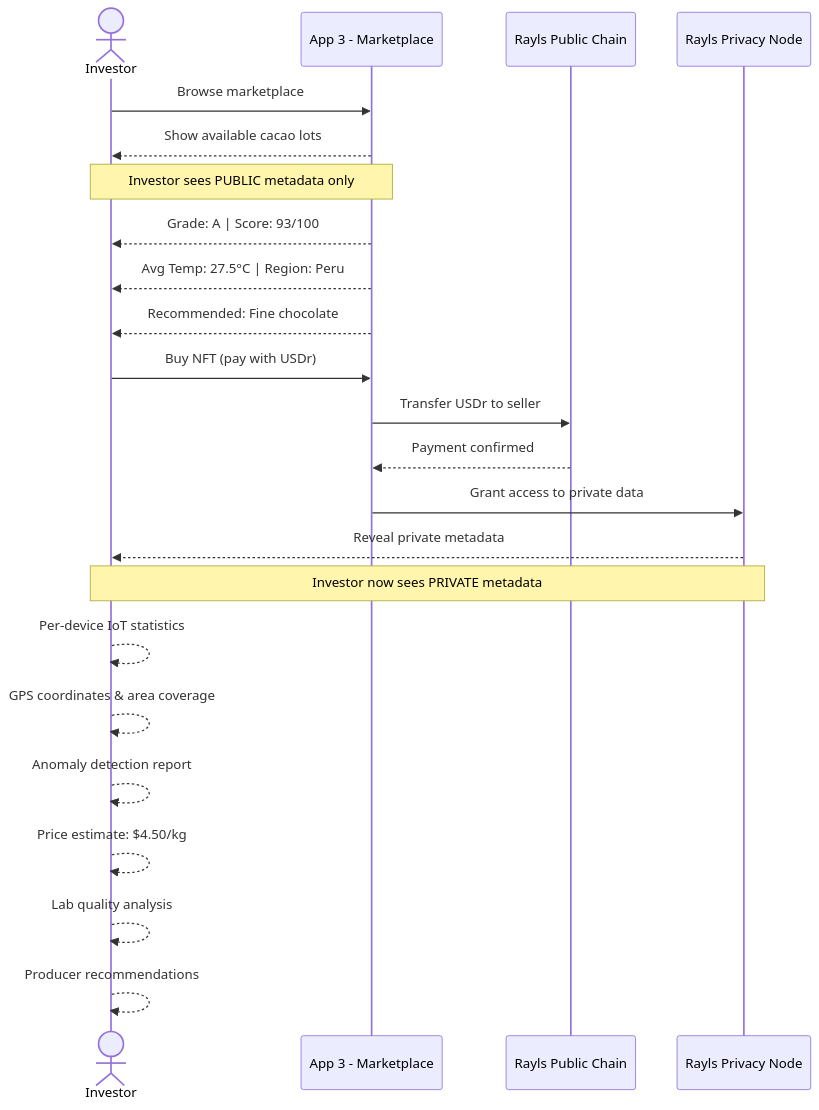
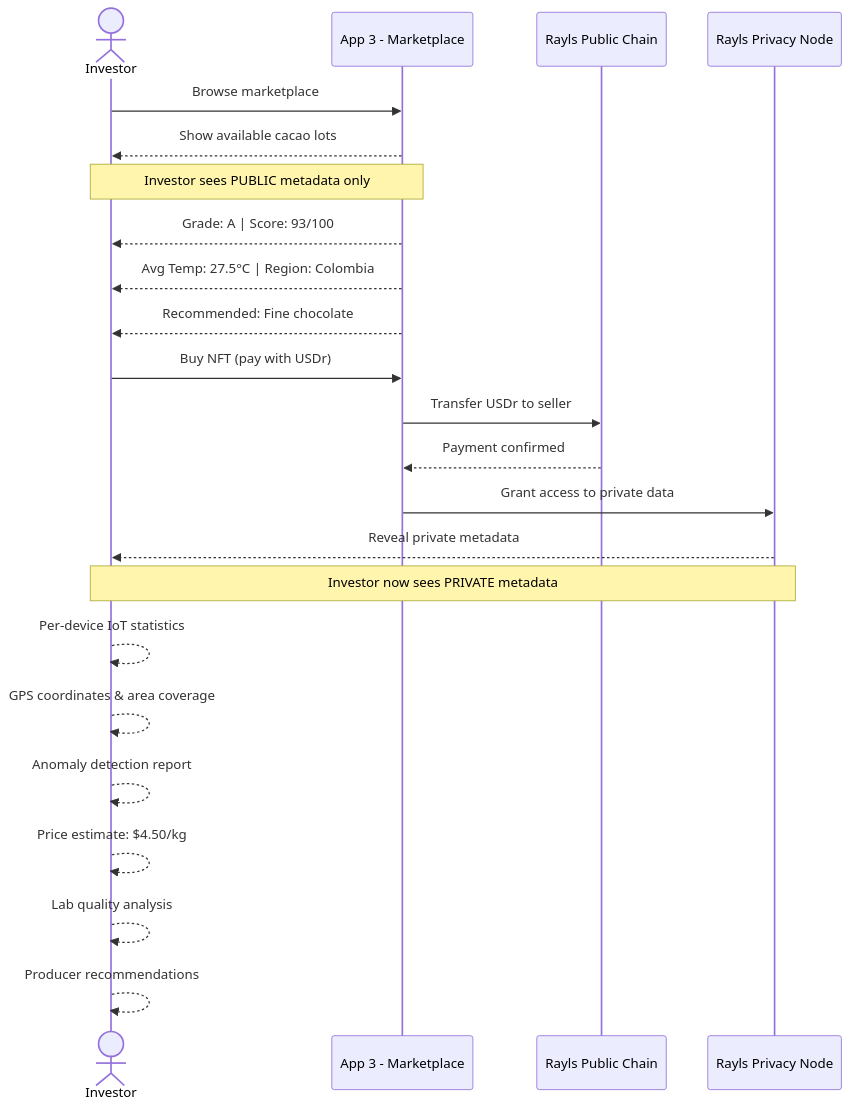
Before and after one commit to JulioMCruz/Cocoa-Ledger: the fifth of 6 diagrams in README.md, drawn with Mermaid. The commit also changed other lines of this file and 10 other files, not shown here.

````diff
--- a/README.md
+++ b/README.md
@@ -276,30 +276,30 @@
 ```mermaid
 sequenceDiagram
     actor Investor
     participant Market as App 3 - Marketplace
     participant PC as Rayls Public Chain
     participant PN as Rayls Privacy Node
 
     Investor->>Market: Browse marketplace
     Market-->>Investor: Show available cacao lots
 
     Note over Investor,Market: Investor sees PUBLIC metadata only
     Market-->>Investor: Grade: A | Score: 93/100
-    Market-->>Investor: Avg Temp: 27.5°C | Region: Peru
+    Market-->>Investor: Avg Temp: 27.5°C | Region: Colombia
     Market-->>Investor: Recommended: Fine chocolate
 
     Investor->>Market: Buy NFT (pay with USDr)
     Market->>PC: Transfer USDr to seller
     PC-->>Market: Payment confirmed
 
     Market->>PN: Grant access to private data
     PN-->>Investor: Reveal private metadata
 
     Note over Investor,PN: Investor now sees PRIVATE metadata
     Investor-->>Investor: Per-device IoT statistics
     Investor-->>Investor: GPS coordinates & area coverage
     Investor-->>Investor: Anomaly detection report
     Investor-->>Investor: Price estimate: $4.50/kg
     Investor-->>Investor: Lab quality analysis
     Investor-->>Investor: Producer recommendations
 ```
````
